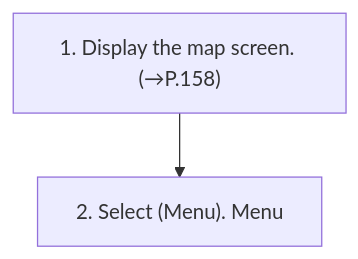
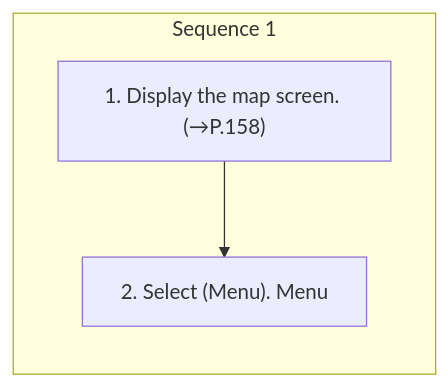
The diagram in workspace/subaru/ascent-2026/ivi/published/navigation-system-if-equipped/9-main-menu-screen-overview.md (Chieko-Y/my-spec-generator), drawn with Mermaid before and after one commit. The commit also changed other lines of this file and 268 other files, not shown here.

````diff
--- a/workspace/subaru/ascent-2026/ivi/published/navigation-system-if-equipped/9-main-menu-screen-overview.md
+++ b/workspace/subaru/ascent-2026/ivi/published/navigation-system-if-equipped/9-main-menu-screen-overview.md
@@ -14,6 +14,9 @@
 ```mermaid
 flowchart TD
-    S1["1. Display the map screen. (→P.158)"]
-    S2["2. Select (Menu). Menu"]
-    S1 --> S2
+    subgraph SEQ1["Sequence 1"]
+    direction TB
+    S1_1["1. Display the map screen. (→P.158)"]
+    S1_2["2. Select (Menu). Menu"]
+    S1_1 --> S1_2
+    end
 ```
````
